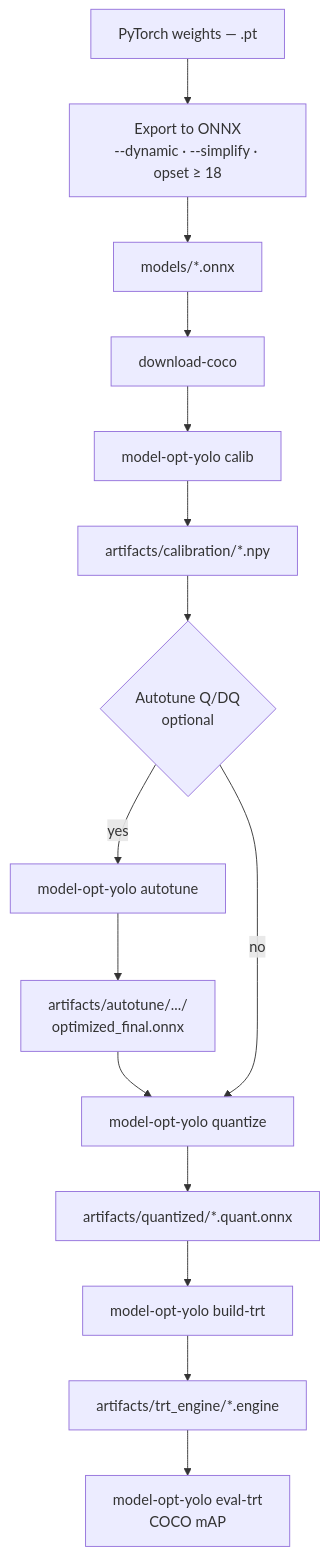
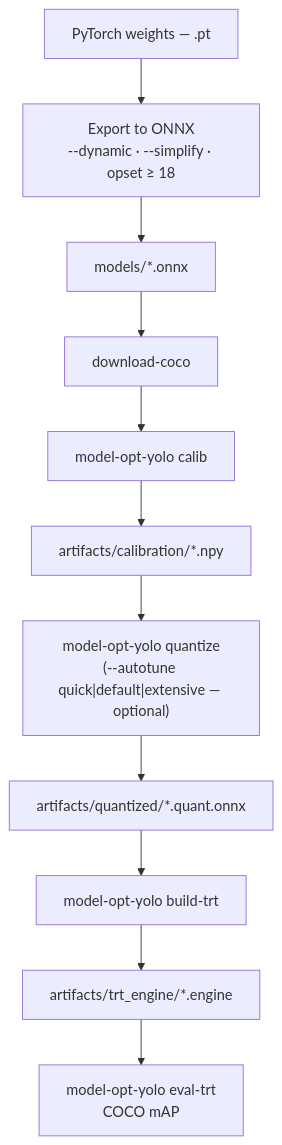
One commit to levipereira/Model-Optimizer-ONNX changed the diagram in README.md. Above: the diagram before and after it, drawn with Mermaid. The commit also changed other lines of this file and 19 other files, not shown here.

Commit message:
feat: align PTQ pipeline with Model Optimizer autotune Integrate autotune into quantize; add pipeline-e2e and report-runs with PNG charts; remove standalone autotune; update docs and dependencies.

````diff
--- a/README.md
+++ b/README.md
@@ -50,17 +52,13 @@
 ```mermaid
 flowchart TD
   A[PyTorch weights — .pt] --> B[Export to ONNX<br/>--dynamic · --simplify · opset ≥ 18]
   B --> C[models/*.onnx]
   C --> H[download-coco]
   H --> I[model-opt-yolo calib]
   I --> J[artifacts/calibration/*.npy]
-  J --> K{Autotune Q/DQ<br/>optional}
-  K -->|yes| E[model-opt-yolo autotune]
-  E --> F[artifacts/autotune/.../<br/>optimized_final.onnx]
-  F --> Q[model-opt-yolo quantize]
-  K -->|no| Q
+  J --> Q["model-opt-yolo quantize<br/>(--autotune quick|default|extensive — optional)"]
   Q --> L[artifacts/quantized/*.quant.onnx]
   L --> M[model-opt-yolo build-trt]
   M --> N[artifacts/trt_engine/*.engine]
   N --> O[model-opt-yolo eval-trt<br/>COCO mAP]
 ```
````
